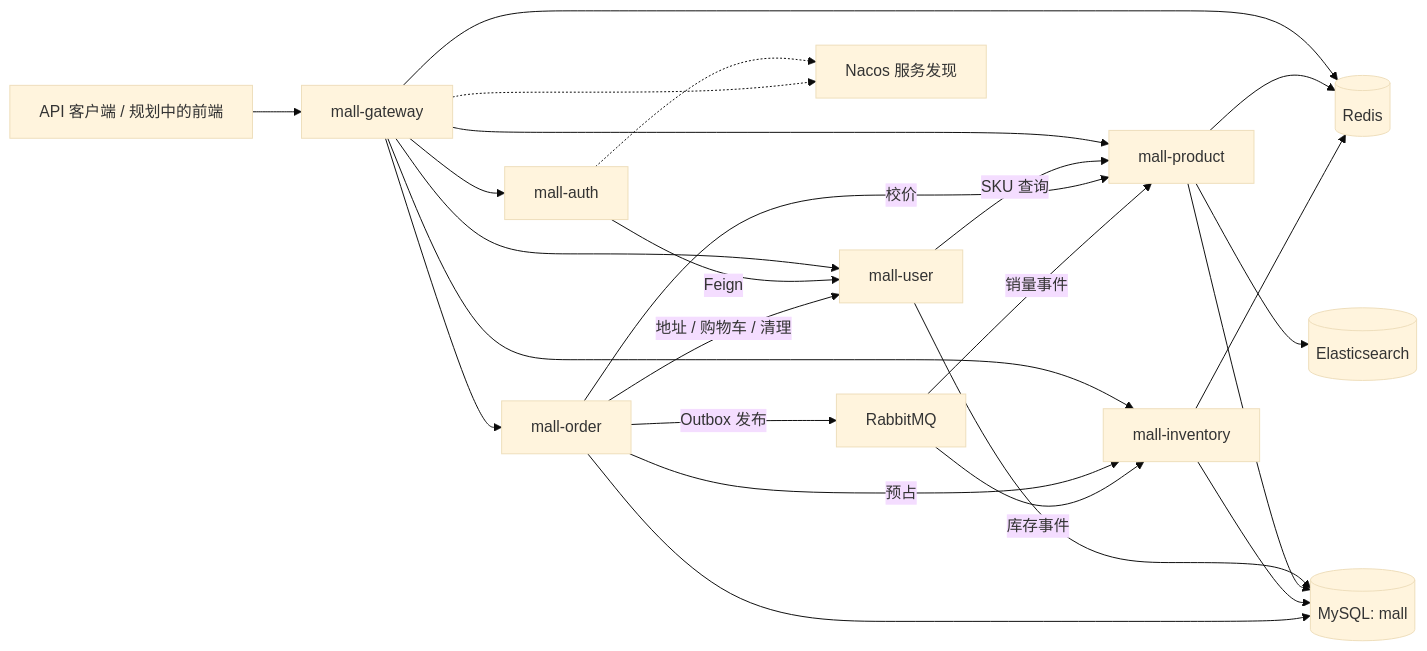
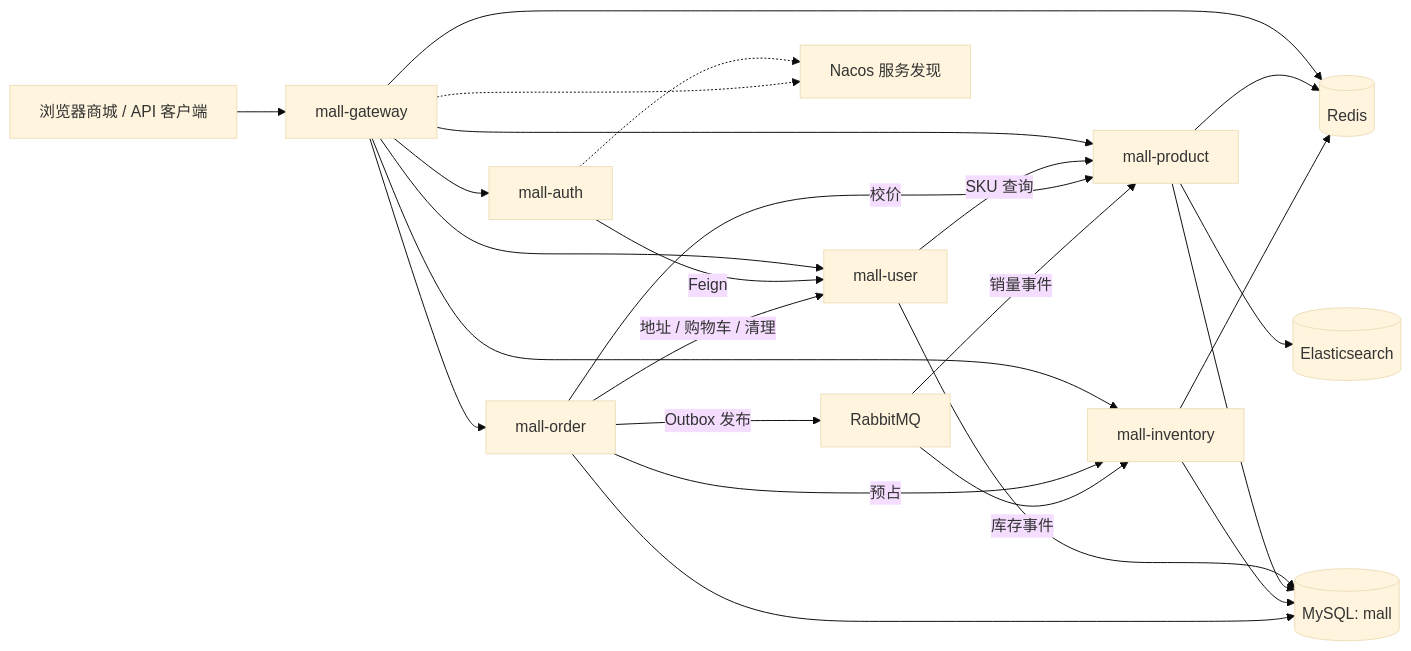
One commit to Bryce-border/NovaMall changed the diagram in README.md. Above: the diagram before and after it, drawn with Mermaid (base theme). The commit also changed other lines of this file and 36 other files, not shown here.

````diff
--- a/README.md
+++ b/README.md
@@ -39,27 +41,27 @@
 ```mermaid
 flowchart LR
-    Client["API 客户端 / 规划中的前端"] --> Gateway["mall-gateway"]
+    Client["浏览器商城 / API 客户端"] --> Gateway["mall-gateway"]
     Gateway --> Auth["mall-auth"]
     Gateway --> User["mall-user"]
     Gateway --> Product["mall-product"]
     Gateway --> Inventory["mall-inventory"]
     Gateway --> Order["mall-order"]
     Auth -->|Feign| User
     User -->|SKU 查询| Product
     Order -->|校价| Product
     Order -->|预占| Inventory
     Order -->|地址 / 购物车 / 清理| User
     Auth -.-> Nacos["Nacos 服务发现"]
     Gateway -.-> Nacos
     User --> DB[("MySQL: mall")]
     Product --> DB
     Inventory --> DB
     Order --> DB
     Gateway --> Redis[("Redis")]
     Product --> Redis
     Inventory --> Redis
     Product --> ES[("Elasticsearch")]
     Order -->|Outbox 发布| MQ["RabbitMQ"]
     MQ -->|库存事件| Inventory
     MQ -->|销量事件| Product
 ```
````
